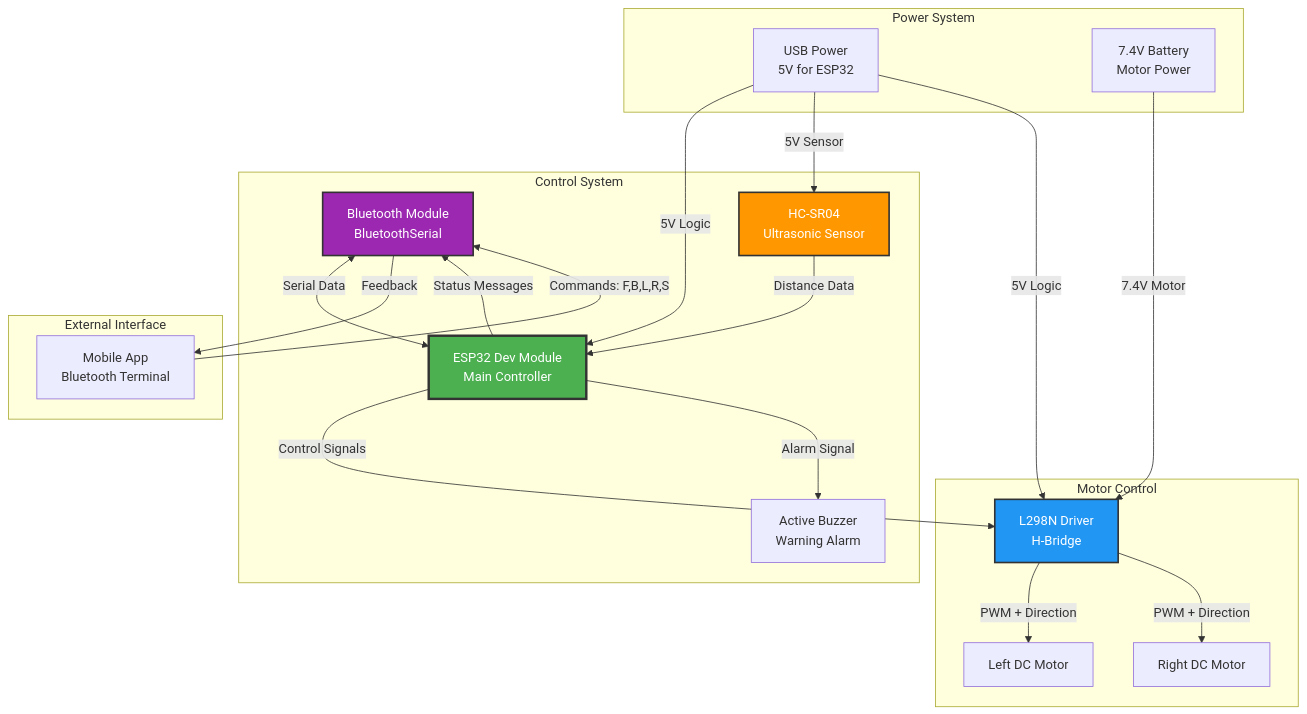
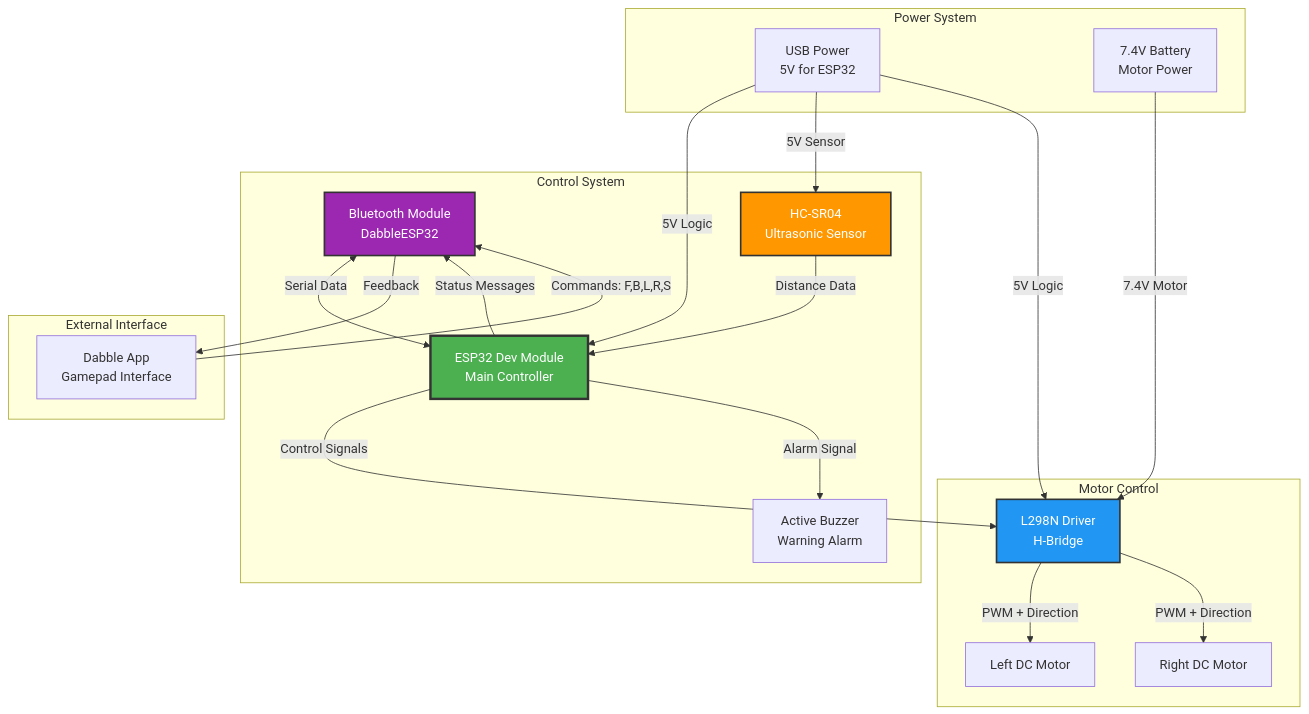
One commit to bishal1b/BluetoothEnabledIOTCar changed the first of 12 diagrams in PROJECT_DOCUMENTATION.md. Above: the diagram before and after it, drawn with Mermaid. The commit also changed other lines of this file and 2 other files, not shown here.

First line of the commit message:
Update Bluetooth communication to use Dabble app and add .gitignore

````diff
--- a/PROJECT_DOCUMENTATION.md
+++ b/PROJECT_DOCUMENTATION.md
@@ -26,43 +26,43 @@
 ```mermaid
 graph TB
     subgraph "Control System"
-        BT[Bluetooth Module<br/>BluetoothSerial]
+        BT[Bluetooth Module<br/>DabbleESP32]
         ESP[ESP32 Dev Module<br/>Main Controller]
         US[HC-SR04<br/>Ultrasonic Sensor]
         BUZ[Active Buzzer<br/>Warning Alarm]
     end
     
     subgraph "Power System"
         USB[USB Power<br/>5V for ESP32]
         BAT[7.4V Battery<br/>Motor Power]
     end
     
     subgraph "Motor Control"
         L298[L298N Driver<br/>H-Bridge]
         ML[Left DC Motor]
         MR[Right DC Motor]
     end
     
     subgraph "External Interface"
-        APP[Mobile App<br/>Bluetooth Terminal]
+        APP[Dabble App<br/>Gamepad Interface]
     end
     
     APP -->|Commands: F,B,L,R,S| BT
     BT <-->|Serial Data| ESP
     US -->|Distance Data| ESP
     ESP -->|Control Signals| L298
     ESP -->|Alarm Signal| BUZ
     ESP -->|Status Messages| BT
     BT -->|Feedback| APP
     L298 -->|PWM + Direction| ML
     L298 -->|PWM + Direction| MR
     USB -->|5V Logic| ESP
     USB -->|5V Sensor| US
     USB -->|5V Logic| L298
     BAT -->|7.4V Motor| L298
     
     style ESP fill:#4CAF50,stroke:#333,stroke-width:3px,color:#fff
     style L298 fill:#2196F3,stroke:#333,stroke-width:2px,color:#fff
     style US fill:#FF9800,stroke:#333,stroke-width:2px,color:#fff
     style BT fill:#9C27B0,stroke:#333,stroke-width:2px,color:#fff
 ```
````
